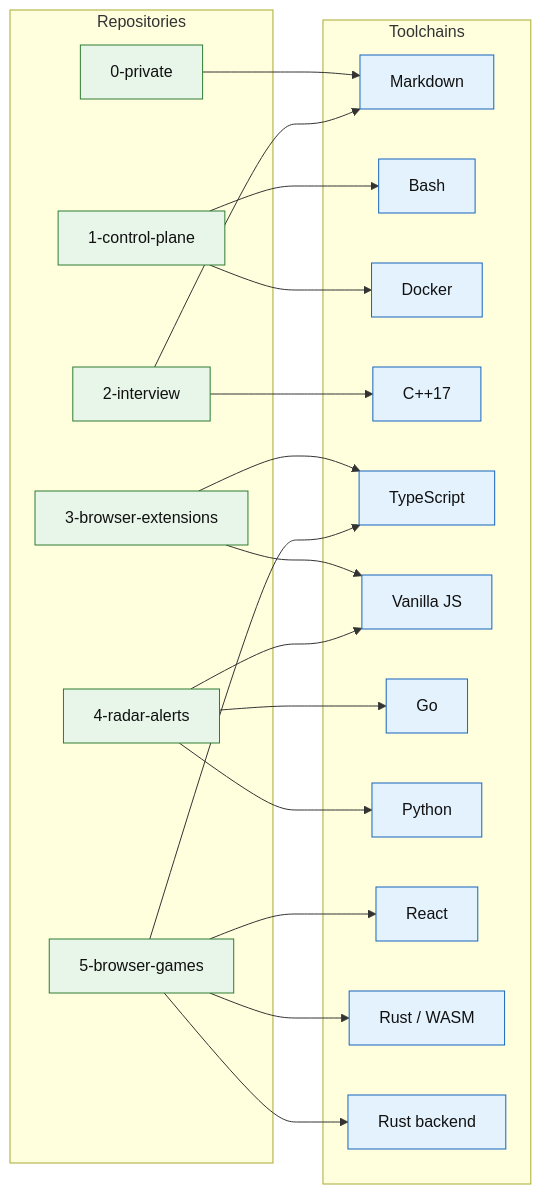
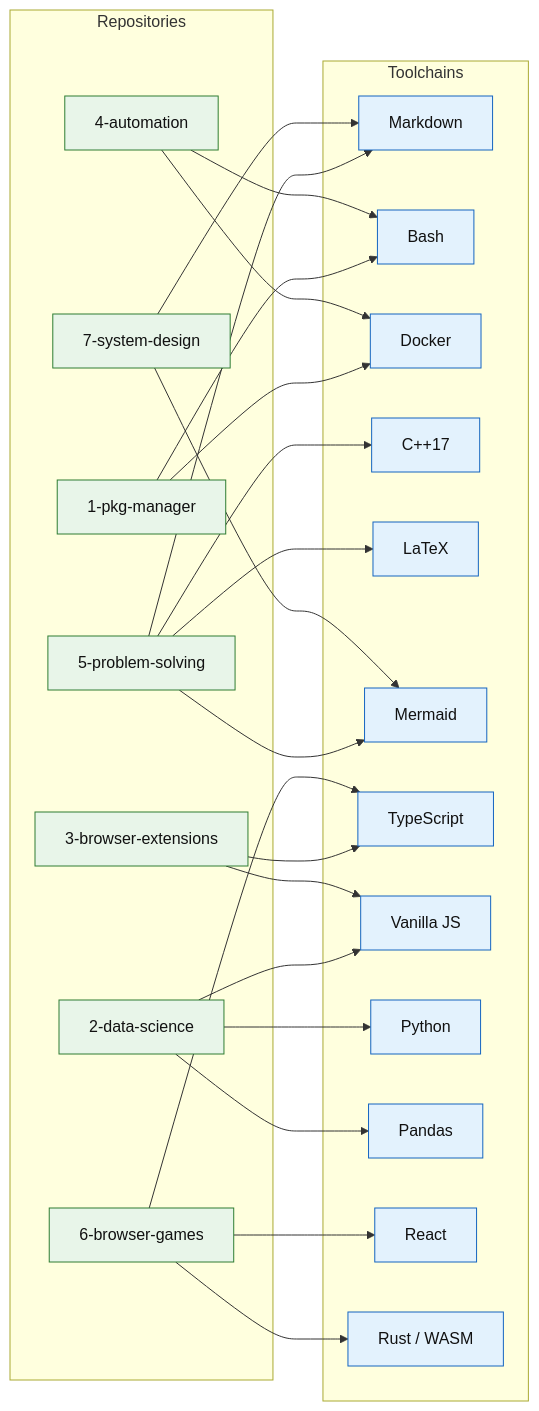
Before and after one commit to dei-care/interview: the diagram in docs/ecosystem.md, drawn with Mermaid. The commit also changed other lines of this file and 116 other files, not shown here.

Commit message:
chore: split system design into its own repo; retitle to problem-solving (#24)

````diff
--- a/docs/ecosystem.md
+++ b/docs/ecosystem.md
@@ -7,45 +7,51 @@
 ```mermaid
 flowchart LR
     subgraph REPOS[Repositories]
-        PRIV[0-private]
-        CP[1-control-plane]
-        INT[2-interview]
+        PKG[1-pkg-manager]
+        DS[2-data-science]
         EXT[3-browser-extensions]
-        RADAR[4-radar-alerts]
-        GAMES[5-browser-games]
+        AUTO[4-automation]
+        PS[5-problem-solving]
+        GAMES[6-browser-games]
+        SD[7-system-design]
     end
 
     subgraph TOOLS[Toolchains]
         MD[Markdown]
         BASH[Bash]
         DOCKER[Docker]
         CPP[C++17]
+        LA[LaTeX]
+        MERMAID[Mermaid]
         TS[TypeScript]
         VJS[Vanilla JS]
-        GO[Go]
         PY[Python]
+        PANDAS[Pandas]
         REACT[React]
         RUSTW[Rust / WASM]
-        RUSTB[Rust backend]
     end
 
-    PRIV --> MD
-    CP --> BASH
-    CP --> DOCKER
-    INT --> MD
-    INT --> CPP
+    PKG --> BASH
+    PKG --> DOCKER
+    DS --> PY
+    DS --> PANDAS
+    DS --> VJS
     EXT --> TS
     EXT --> VJS
-    RADAR --> GO
-    RADAR --> PY
-    RADAR --> VJS
+    AUTO --> BASH
+    AUTO --> DOCKER
+    PS --> MD
+    PS --> CPP
+    PS --> LA
+    PS --> MERMAID
     GAMES --> RUSTW
-    GAMES --> RUSTB
     GAMES --> REACT
     GAMES --> TS
+    SD --> MD
+    SD --> MERMAID
 
     classDef repo fill:#e8f5e9,#66bb6a,stroke:#2e7d32,color:#111
     classDef tool fill:#e3f2fd,#42a5f5,stroke:#1565c0,color:#111
-    class PRIV,CP,INT,EXT,RADAR,GAMES repo
-    class MD,BASH,DOCKER,CPP,TS,VJS,GO,PY,REACT,RUSTW,RUSTB tool
+    class PKG,DS,EXT,AUTO,PS,GAMES,SD repo
+    class MD,BASH,DOCKER,CPP,LA,MERMAID,TS,VJS,PY,PANDAS,REACT,RUSTW tool
 ```
````
